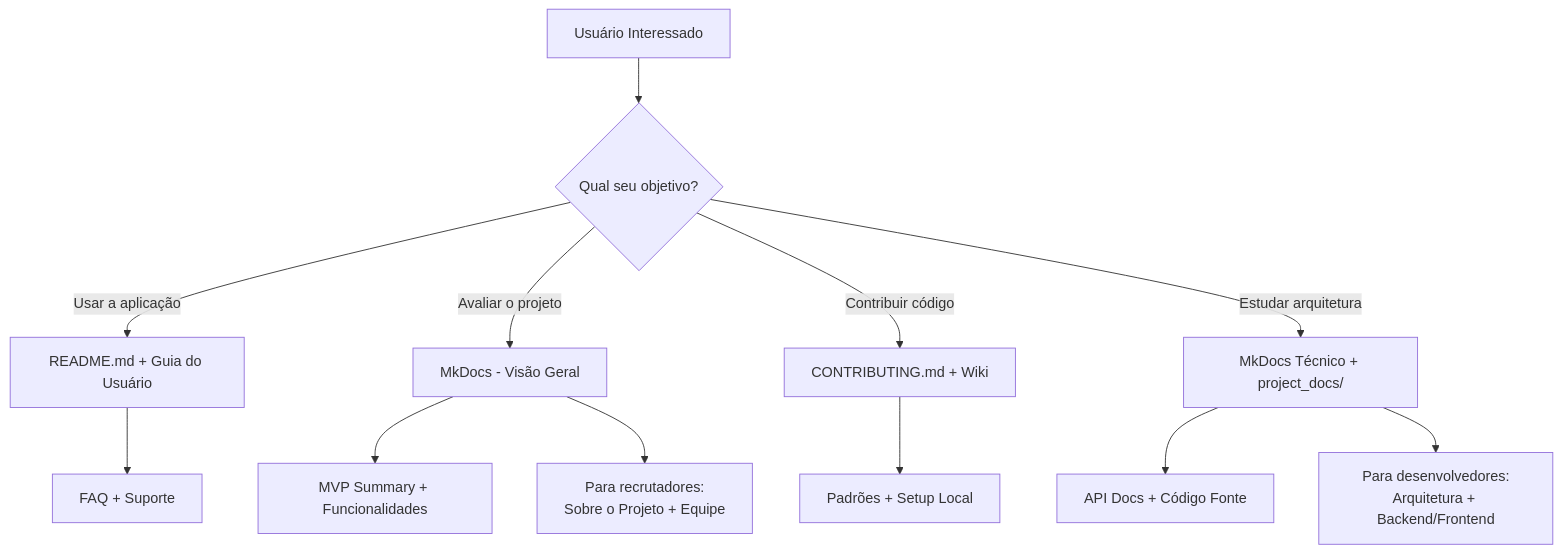
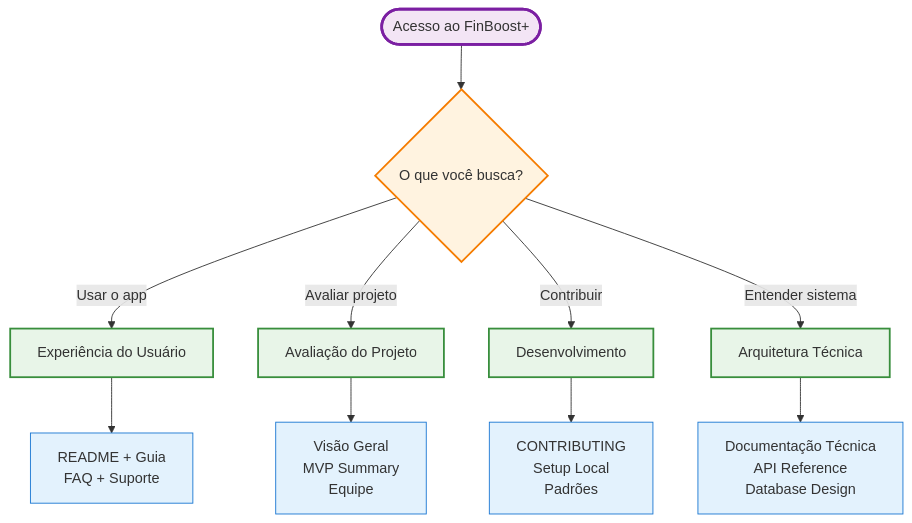
One commit to Finboostplus/finboostplus-app changed the diagram in docs/project/full_docs.md. Above: the diagram before and after it, drawn with Mermaid. The commit also changed other lines of this file and 19 other files, not shown here.

Commit message:
docs: Atualiza a documentação com melhorias na estrutura, adição de seções e detalhamento de funcionalidades.

````diff
--- a/docs/project/full_docs.md
+++ b/docs/project/full_docs.md
@@ -133,17 +151,27 @@
 ```mermaid
-graph TD
-    A[Usuário Interessado] --> B{Qual seu objetivo?}
+flowchart TD
+    Start([Acesso ao FinBoost+]) --> Question{O que você busca?}
     
-    B -->|Usar a aplicação| C[README.md + Guia do Usuário]
-    B -->|Avaliar o projeto| D[MkDocs - Visão Geral]
-    B -->|Contribuir código| E[CONTRIBUTING.md + Wiki]
-    B -->|Estudar arquitetura| F[MkDocs Técnico + project_docs/]
+    Question -->|Usar o app| Use[Experiência do Usuário]
+    Question -->|Avaliar projeto| Eval[Avaliação do Projeto]
+    Question -->|Contribuir| Dev[Desenvolvimento]
+    Question -->|Entender sistema| Arch[Arquitetura Técnica]
     
-    C --> G[FAQ + Suporte]
-    D --> H[MVP Summary + Funcionalidades]
-    E --> I[Padrões + Setup Local]
-    F --> J[API Docs + Código Fonte]
+    Use --> UseRes[README + Guia<br/> FAQ + Suporte]
     
-    D --> K[Para recrutadores:<br/>Sobre o Projeto + Equipe]
-    F --> L[Para desenvolvedores:<br/>Arquitetura + Backend/Frontend]
+    Eval --> EvalRes[Visão Geral<br/>MVP Summary<br/>Equipe]
+    
+    Dev --> DevRes[CONTRIBUTING<br/>Setup Local<br/>Padrões]
+    
+    Arch --> ArchRes[Documentação Técnica<br/>API Reference<br/>Database Design]
+    
+    classDef startStyle fill:#f3e5f5,stroke:#7b1fa2,stroke-width:3px
+    classDef questionStyle fill:#fff3e0,stroke:#f57c00,stroke-width:2px
+    classDef pathStyle fill:#e8f5e8,stroke:#388e3c,stroke-width:2px
+    classDef resultStyle fill:#e3f2fd,stroke:#1976d2,stroke-width:1px
+    
+    class Start startStyle
+    class Question questionStyle
+    class Use,Eval,Dev,Arch pathStyle
+    class UseRes,EvalRes,DevRes,ArchRes resultStyle
 ```
````
